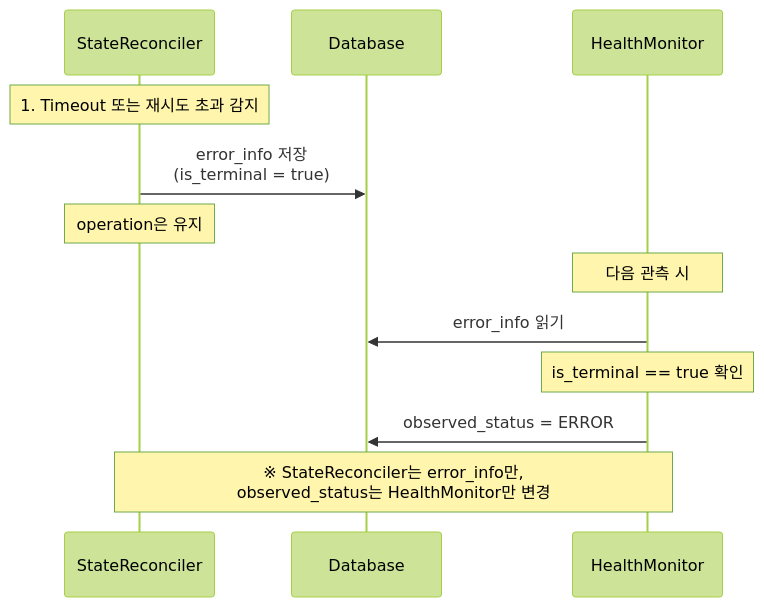
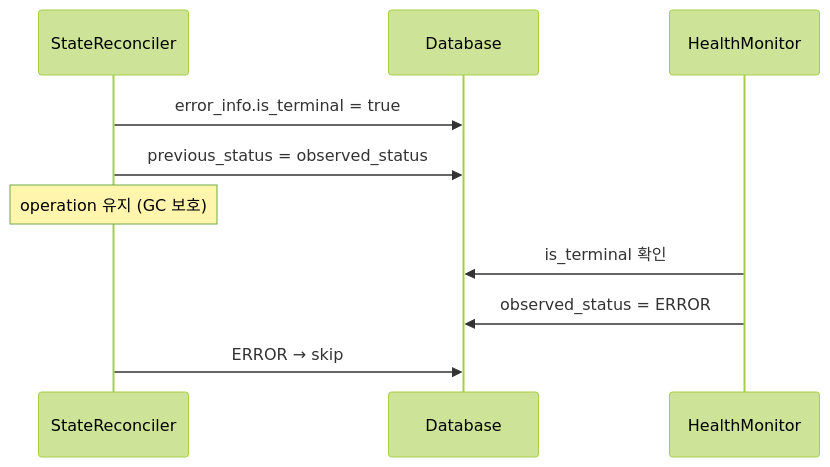
The first of 2 diagrams in docs/spec_v2/error.md (cagojeiger/code-hub), drawn with Mermaid (forest theme) before and after one commit. The commit also changed other lines of this file and 14 other files, not shown here.

````diff
--- a/docs/spec_v2/error.md
+++ b/docs/spec_v2/error.md
@@ -18,17 +69,15 @@
 ```mermaid
 sequenceDiagram
     participant SR as StateReconciler
     participant DB as Database
     participant HM as HealthMonitor
 
-    Note over SR: 1. Timeout 또는 재시도 초과 감지
-    SR->>DB: error_info 저장<br/>(is_terminal = true)
-    Note over SR: operation은 유지
+    SR->>DB: error_info.is_terminal = true
+    SR->>DB: previous_status = observed_status
+    Note over SR: operation 유지 (GC 보호)
 
-    Note over HM: 다음 관측 시
-    HM->>DB: error_info 읽기
-    Note over HM: is_terminal == true 확인
+    HM->>DB: is_terminal 확인
     HM->>DB: observed_status = ERROR
 
-    Note over SR,HM: ※ StateReconciler는 error_info만,<br/>observed_status는 HealthMonitor만 변경
+    SR->>DB: ERROR → skip
 ```
````
